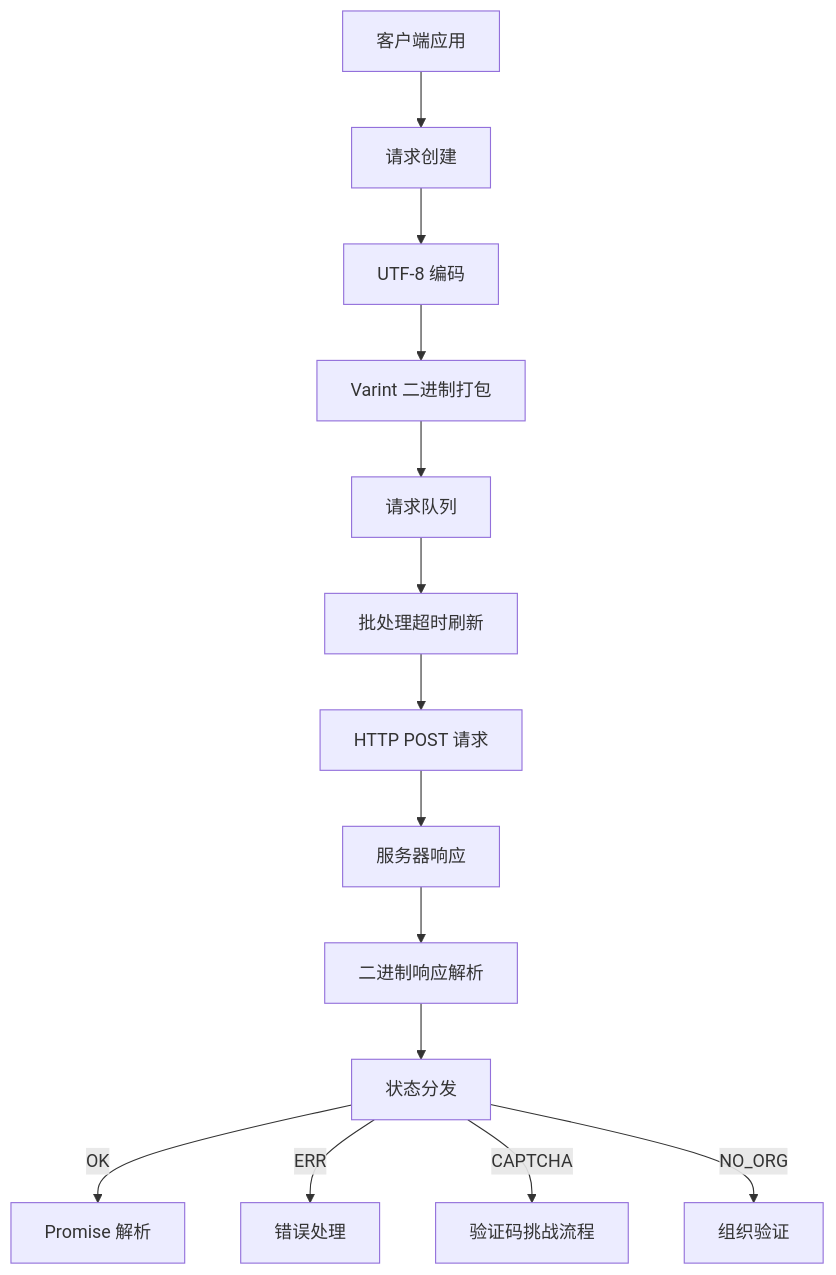
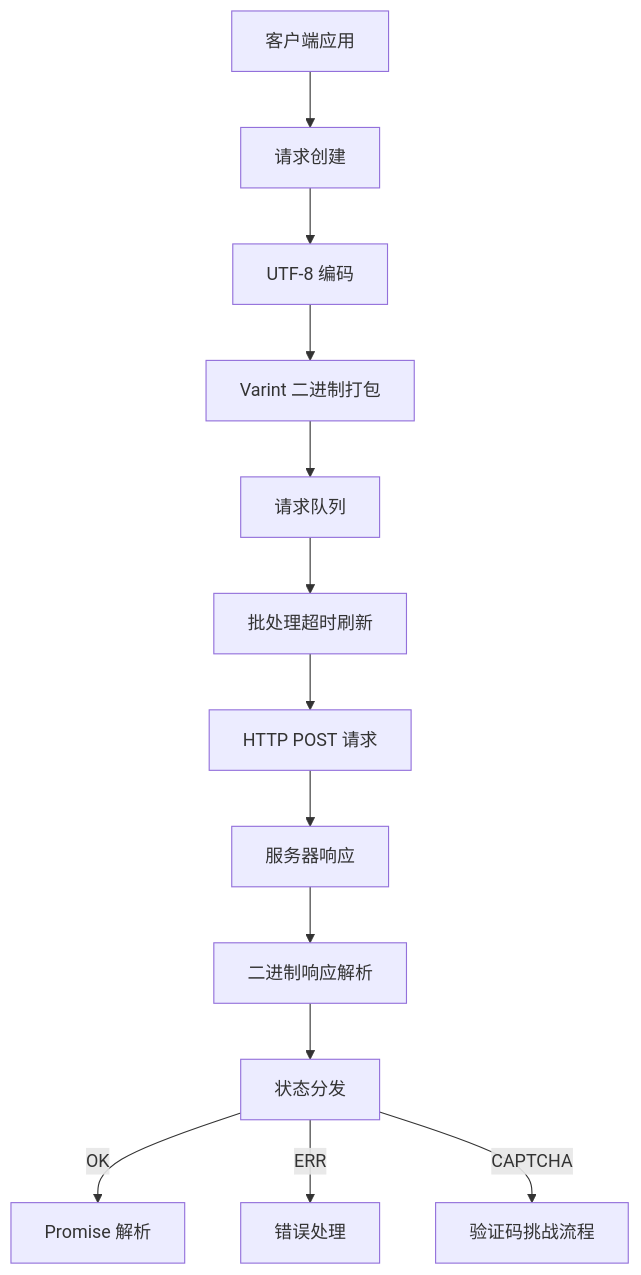
One commit to webc-site/npm changed the diagram in protoapi/readme/zh/README.md. Above: the diagram before and after it, drawn with Mermaid. The commit also changed other lines of this file and 1 other file, not shown here.

Commit message:
feat: add setCaptcha function and remove NO_ORG status constant

````diff
--- a/protoapi/readme/zh/README.md
+++ b/protoapi/readme/zh/README.md
@@ -48,16 +51,15 @@
 ```mermaid
 graph TD
   A[客户端应用] --> B[请求创建]
   B --> C[UTF-8 编码]
   C --> D[Varint 二进制打包]
   D --> E[请求队列]
   E --> F[批处理超时刷新]
   F --> G[HTTP POST 请求]
   G --> H[服务器响应]
   H --> I[二进制响应解析]
   I --> J[状态分发]
   J -->|OK| K[Promise 解析]
   J -->|ERR| L[错误处理]
   J -->|CAPTCHA| M[验证码挑战流程]
-  J -->|NO_ORG| N[组织验证]
 ```
````
